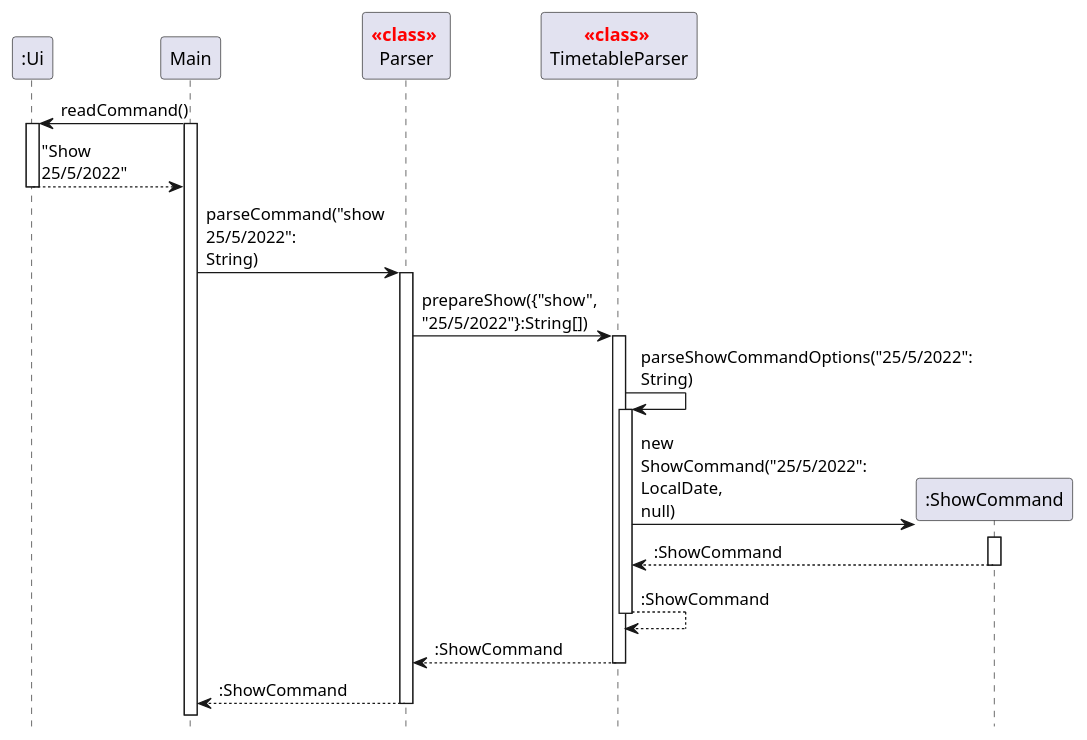
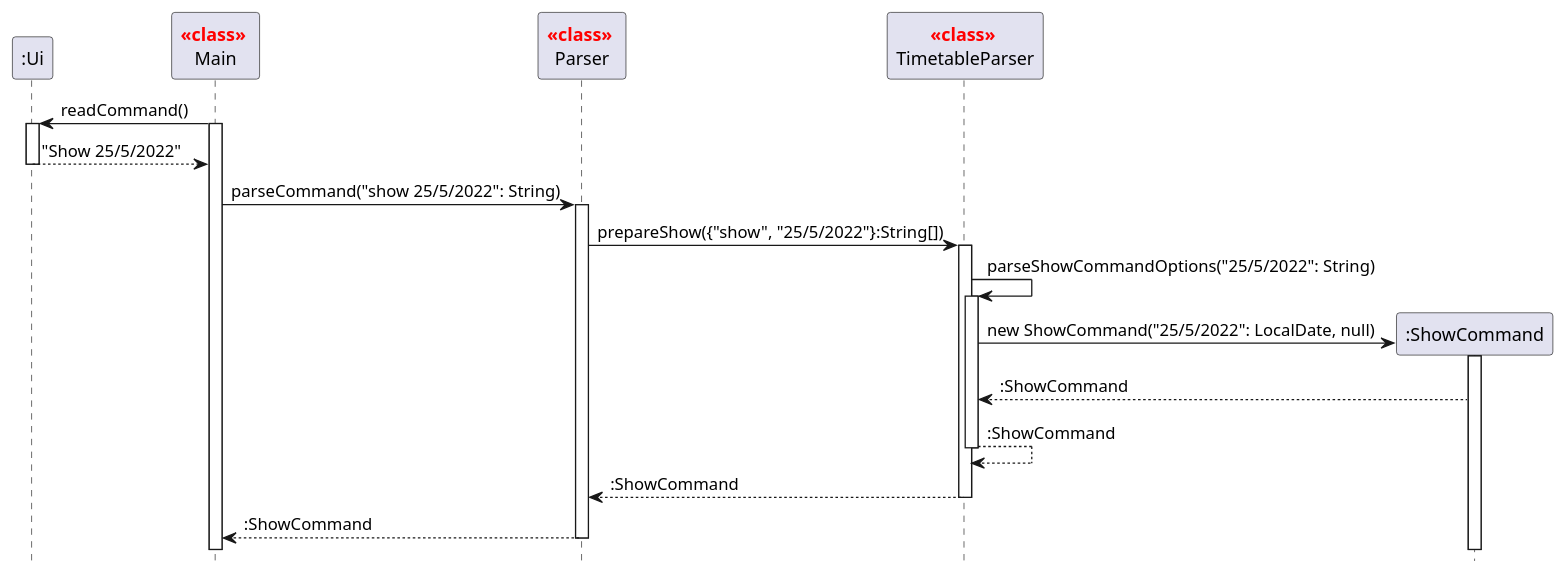
One commit to nus-cs2113-AY2122S2/tp changed the diagram in docs/puml/ShowScheduleForADateSDOne.puml. Above: the diagram before and after it, drawn with PlantUML. The commit also changed 8 other files, not shown here.

Commit message:
Add colour to <<class>> header in sequence diagrams Fix activation bar issues in some sequence diagrams

```diff
--- a/docs/puml/ShowScheduleForADateSDOne.puml
+++ b/docs/puml/ShowScheduleForADateSDOne.puml
@@ -1,54 +1,39 @@
 @startuml
-
-skinparam maxMessageSize 85
 
 hide footbox
 
-
-participant ":Ui" as Ui
-participant Main as Main
-participant "<font color=red>**<<class>>** \nParser" as Parser
-participant "<font color=red>**<<class>>** \nTimetableParser" as TimetableParser
-participant ":ShowCommand" as ShowCommand
-
-
+participant Ui as ":Ui"
+participant Main as "<font color=red>**<<class>>** \nMain"
+participant Parser as "<font color=red>**<<class>>** \nParser"
+participant TimetableParser as "<font color=red>**<<class>>** \nTimetableParser"
+participant ShowCommand as ":ShowCommand"
 
 Main -> Ui: readCommand()
 activate Main
 
 activate Ui
-
 Ui --> Main: "Show 25/5/2022"
 deactivate Ui
 
 Main -> Parser: parseCommand("show 25/5/2022": String)
 activate Parser
 
 Parser -> TimetableParser: prepareShow({"show", "25/5/2022"}:String[])
 activate TimetableParser
 
 TimetableParser -> TimetableParser: parseShowCommandOptions("25/5/2022": String)
 activate TimetableParser
 
-create ShowCommand
-TimetableParser -> ShowCommand: new ShowCommand("25/5/2022": LocalDate, null)
-
+TimetableParser -> ShowCommand **: new ShowCommand("25/5/2022": LocalDate, null)
 activate ShowCommand
-
 ShowCommand --> TimetableParser: :ShowCommand
-deactivate ShowCommand
-
 TimetableParser --> TimetableParser: :ShowCommand
 deactivate TimetableParser
 
 TimetableParser --> Parser: :ShowCommand
 deactivate TimetableParser
 
-
 Parser --> Main: :ShowCommand
 deactivate Parser
 
-
-
-
 @enduml
```
